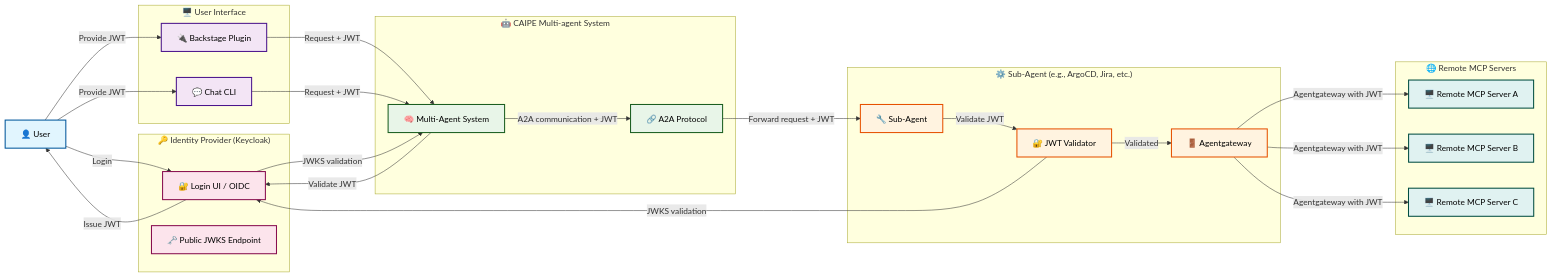
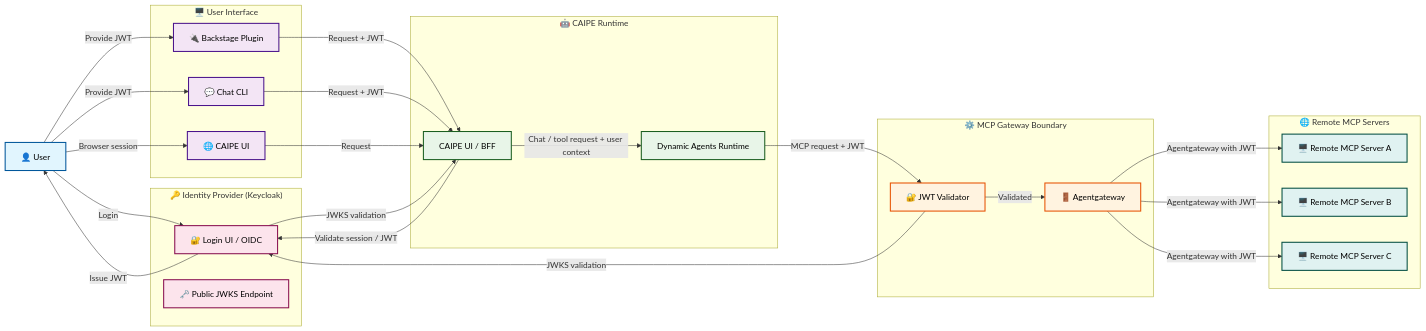
Before and after one commit to cnoe-io/ai-platform-engineering: the first of 3 diagrams in docs/docs/architecture/gateway.md, drawn with Mermaid. The commit also changed other lines of this file and 252 other files, not shown here.

````diff
--- a/docs/docs/architecture/gateway.md
+++ b/docs/docs/architecture/gateway.md
@@ -5,66 +5,67 @@
 ```mermaid
 flowchart LR
   U[👤 User]
 
   subgraph Client["🖥️ User Interface"]
     BP[🔌 Backstage Plugin]
     CLI[💬 Chat CLI]
+    UI[🌐 CAIPE UI]
   end
 
-  subgraph CAIPE["🤖 CAIPE Multi-agent System"]
-    MAS[🧠 Multi-Agent System]
-    A2A[🔗 A2A Protocol]
+  subgraph CAIPE["🤖 CAIPE Runtime"]
+    BFF[CAIPE UI / BFF]
+    DA[Dynamic Agents Runtime]
   end
 
-  subgraph SubAgent["⚙️ Sub-Agent (e.g., ArgoCD, Jira, etc.)"]
-    SA[🔧 Sub-Agent]
+  subgraph Gateway["⚙️ MCP Gateway Boundary"]
     JV[🔐 JWT Validator]
     MP[🚪 Agentgateway]
   end
 
   subgraph IDP["🔑 Identity Provider (Keycloak)"]
     K[🔐 Login UI / OIDC]
     JWKS[🗝️ Public JWKS Endpoint]
   end
 
   subgraph MCP["🌐 Remote MCP Servers"]
     M1[🖥️ Remote MCP Server A]
     M2[🖥️ Remote MCP Server B]
     M3[🖥️ Remote MCP Server C]
   end
 
   %% Auth path
   U -->|Login| K
   K -->|Issue JWT| U
   U -->|Provide JWT| BP
   U -->|Provide JWT| CLI
+  U -->|Browser session| UI
 
   %% Request flow
-  BP -->|Request + JWT| MAS
-  CLI -->|Request + JWT| MAS
-  MAS -->|Validate JWT| K
-  K -->|JWKS validation| MAS
-  MAS -->|A2A communication + JWT| A2A
-  A2A -->|Forward request + JWT| SA
-  SA -->|Validate JWT| JV
+  BP -->|Request + JWT| BFF
+  CLI -->|Request + JWT| BFF
+  UI -->|Request| BFF
+  BFF -->|Validate session / JWT| K
+  K -->|JWKS validation| BFF
+  BFF -->|Chat / tool request + user context| DA
+  DA -->|MCP request + JWT| JV
   JV -->|JWKS validation| K
   JV -->|Validated| MP
   MP -->|Agentgateway with JWT| M1
   MP -->|Agentgateway with JWT| M2
   MP -->|Agentgateway with JWT| M3
 
   %% Styling
   classDef userClass fill:#e1f5fe,stroke:#01579b,stroke-width:2px,color:#000
   classDef clientClass fill:#f3e5f5,stroke:#4a148c,stroke-width:2px,color:#000
   classDef caipeClass fill:#e8f5e8,stroke:#1b5e20,stroke-width:2px,color:#000
   classDef subagentClass fill:#fff3e0,stroke:#e65100,stroke-width:2px,color:#000
   classDef idpClass fill:#fce4ec,stroke:#880e4f,stroke-width:2px,color:#000
   classDef mcpClass fill:#e0f2f1,stroke:#004d40,stroke-width:2px,color:#000
 
   class U userClass
-  class BP,CLI clientClass
-  class MAS,A2A caipeClass
-  class SA,JV,MP subagentClass
+  class BP,CLI,UI clientClass
+  class BFF,DA caipeClass
+  class JV,MP subagentClass
   class K,JWKS idpClass
   class M1,M2,M3 mcpClass
 ```
````
